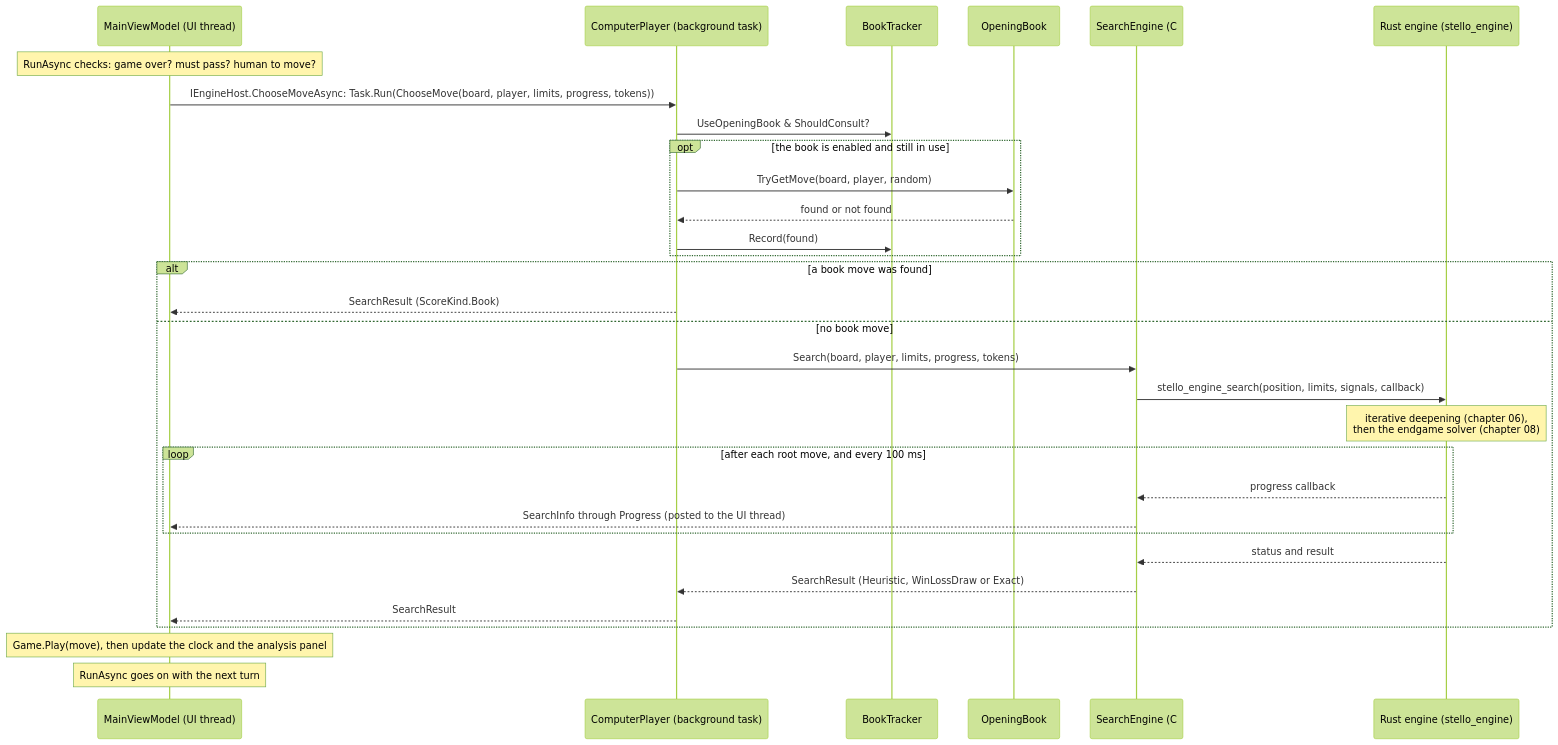
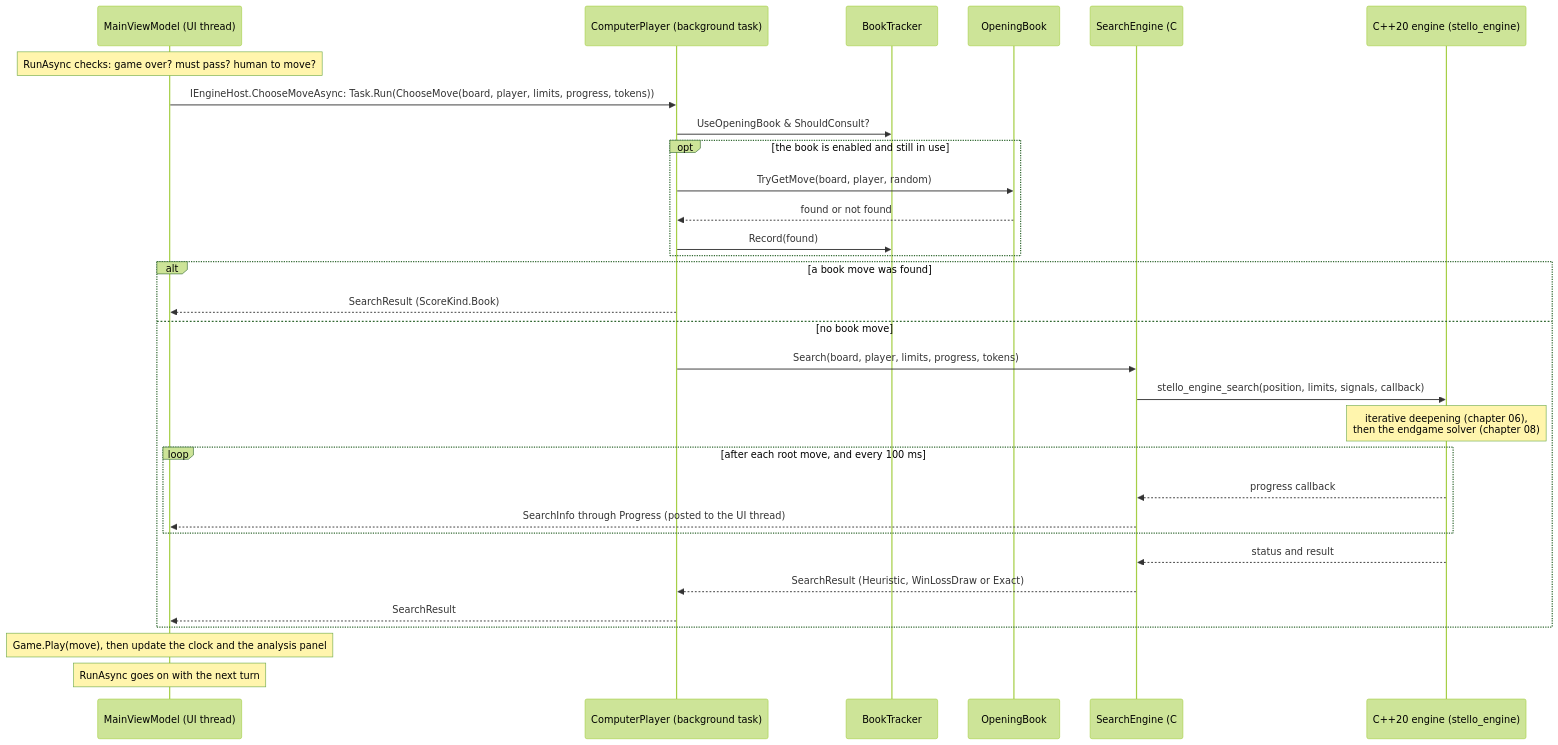
The fourth of 4 diagrams in docs/01-overview.md (cjp-dev/Stello), drawn with Mermaid (forest theme) before and after one commit. The commit also changed other lines of this file and 64 other files, not shown here.

````diff
--- a/docs/01-overview.md
+++ b/docs/01-overview.md
@@ -244,33 +246,33 @@
 ```mermaid
 sequenceDiagram
     participant VM as MainViewModel (UI thread)
     participant CP as ComputerPlayer (background task)
     participant BT as BookTracker
     participant OB as OpeningBook
     participant SE as SearchEngine (C# wrapper)
-    participant R as Rust engine (stello_engine)
+    participant C as C++20 engine (stello_engine)
     Note over VM: RunAsync checks: game over? must pass? human to move?
     VM->>CP: IEngineHost.ChooseMoveAsync: Task.Run(ChooseMove(board, player, limits, progress, tokens))
     CP->>BT: UseOpeningBook & ShouldConsult?
     opt the book is enabled and still in use
         CP->>OB: TryGetMove(board, player, random)
         OB-->>CP: found or not found
         CP->>BT: Record(found)
     end
     alt a book move was found
         CP-->>VM: SearchResult (ScoreKind.Book)
     else no book move
         CP->>SE: Search(board, player, limits, progress, tokens)
-        SE->>R: stello_engine_search(position, limits, signals, callback)
-        Note over R: iterative deepening (chapter 06),<br/>then the endgame solver (chapter 08)
+        SE->>C: stello_engine_search(position, limits, signals, callback)
+        Note over C: iterative deepening (chapter 06),<br/>then the endgame solver (chapter 08)
         loop after each root move, and every 100 ms
-            R-->>SE: progress callback
+            C-->>SE: progress callback
             SE-->>VM: SearchInfo through Progress (posted to the UI thread)
         end
-        R-->>SE: status and result
+        C-->>SE: status and result
         SE-->>CP: SearchResult (Heuristic, WinLossDraw or Exact)
         CP-->>VM: SearchResult
     end
     Note over VM: Game.Play(move), then update the clock and the analysis panel
     Note over VM: RunAsync goes on with the next turn
 ```
````
